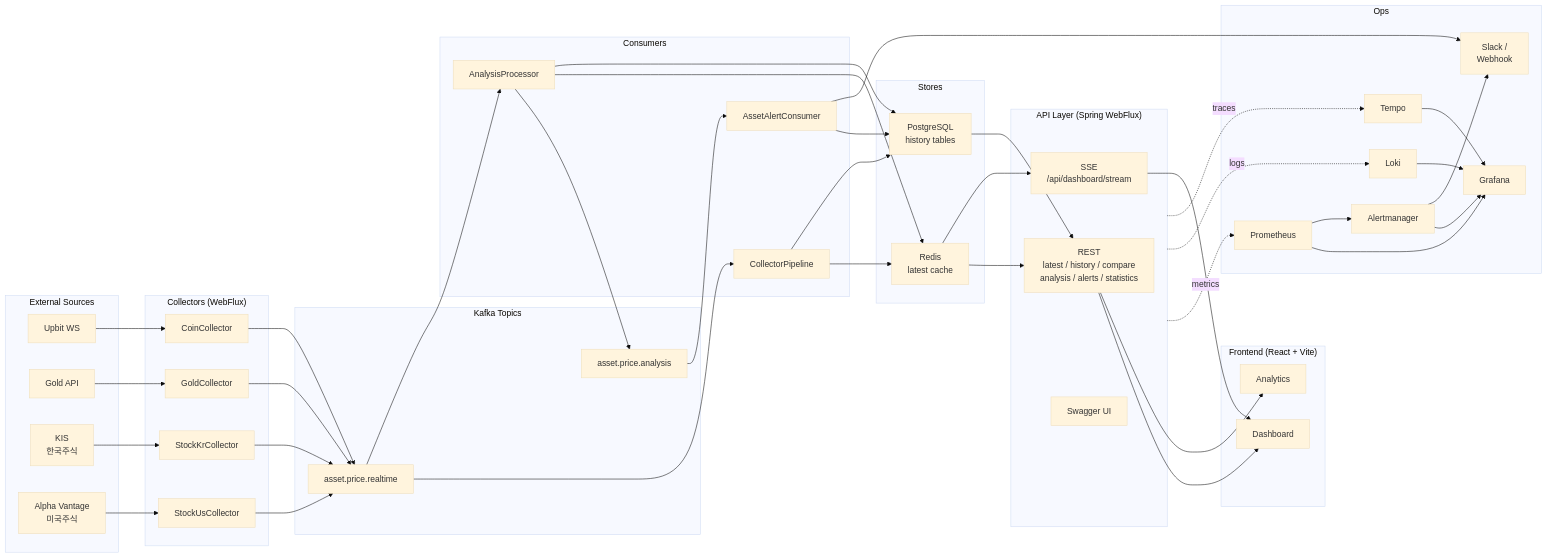
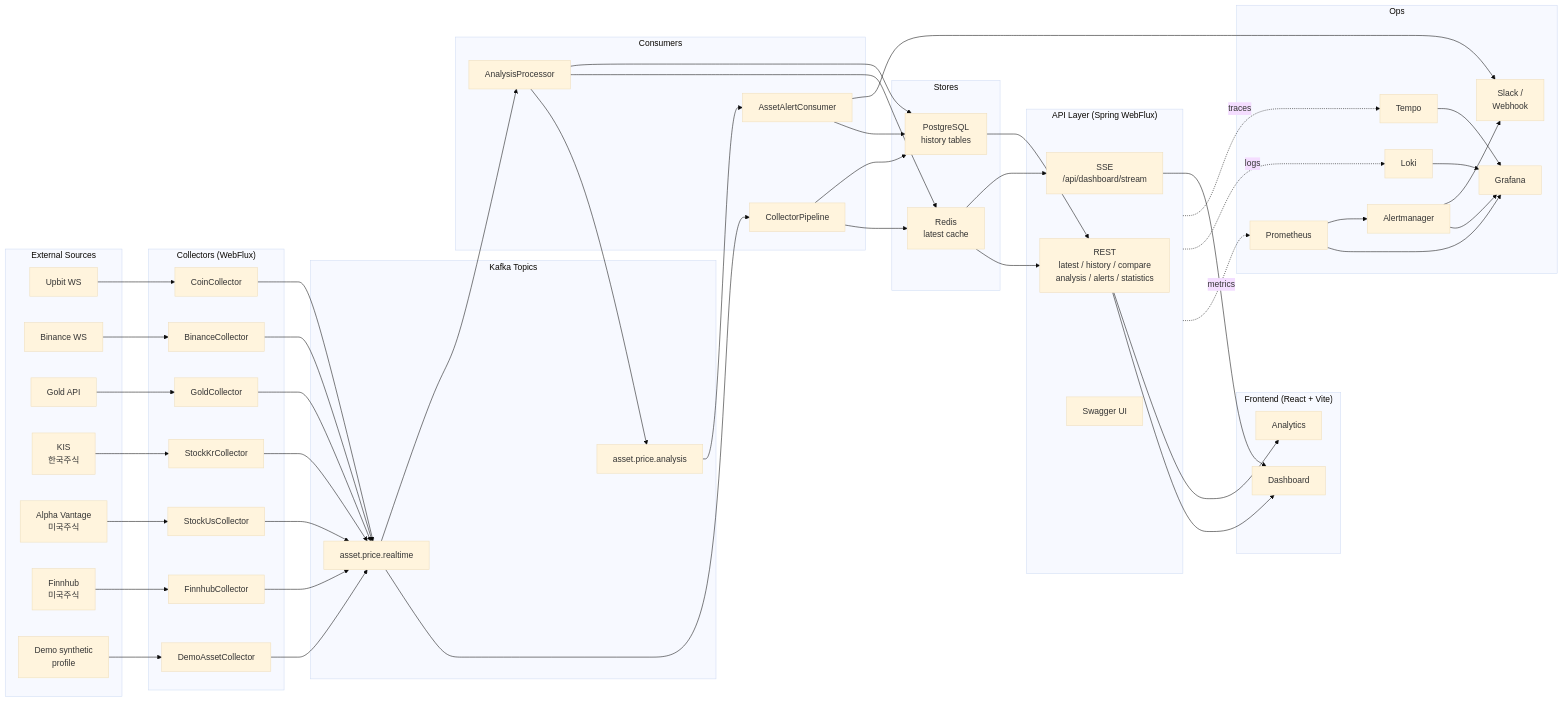
Before and after one commit to jean202/asset-radar: the diagram in README.md, drawn with Mermaid (base theme). The commit also changed other lines of this file and 53 other files, not shown here.

```diff
--- a/README.md
+++ b/README.md
@@ -8,16 +8,22 @@
 flowchart LR
     subgraph SRC["External Sources"]
         UPBIT["Upbit WS"]
+        BINANCE["Binance WS"]
         GOLD["Gold API"]
         KIS["KIS<br/>한국주식"]
         AV["Alpha Vantage<br/>미국주식"]
+        FINN["Finnhub<br/>미국주식"]
+        DEMO["Demo synthetic<br/>profile"]
     end
 
     subgraph COL["Collectors (WebFlux)"]
         CC["CoinCollector"]
+        BC["BinanceCollector"]
         GC["GoldCollector"]
         SKR["StockKrCollector"]
         SUS["StockUsCollector"]
+        FHC["FinnhubCollector"]
+        DMC["DemoAssetCollector"]
     end
 
     subgraph KAFKA["Kafka Topics"]
@@ -57,14 +63,20 @@
     end
 
     UPBIT --> CC
+    BINANCE --> BC
     GOLD --> GC
     KIS --> SKR
     AV --> SUS
+    FINN --> FHC
+    DEMO --> DMC
 
     CC --> T1
+    BC --> T1
     GC --> T1
     SKR --> T1
     SUS --> T1
+    FHC --> T1
+    DMC --> T1
 
     T1 --> PIPE
     T1 --> ANA
```
